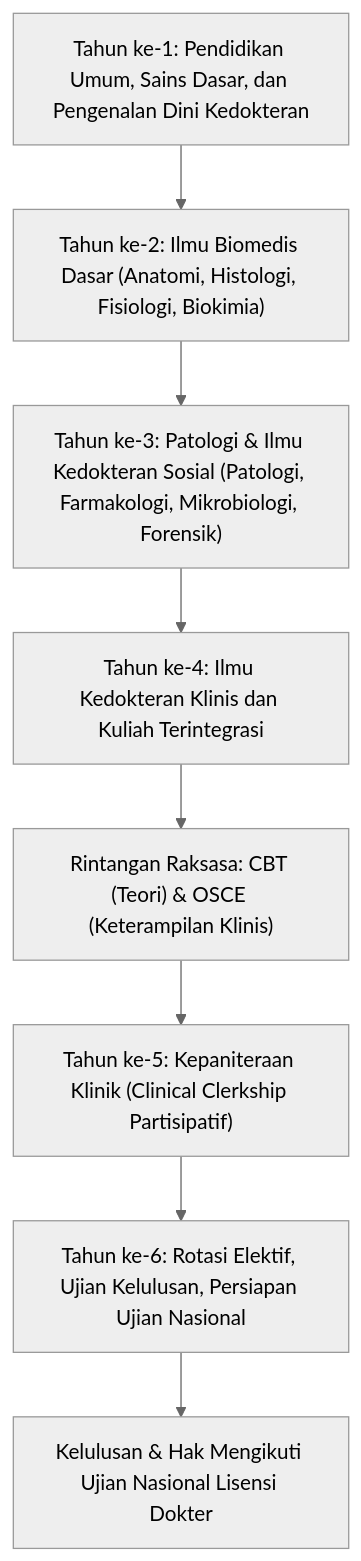
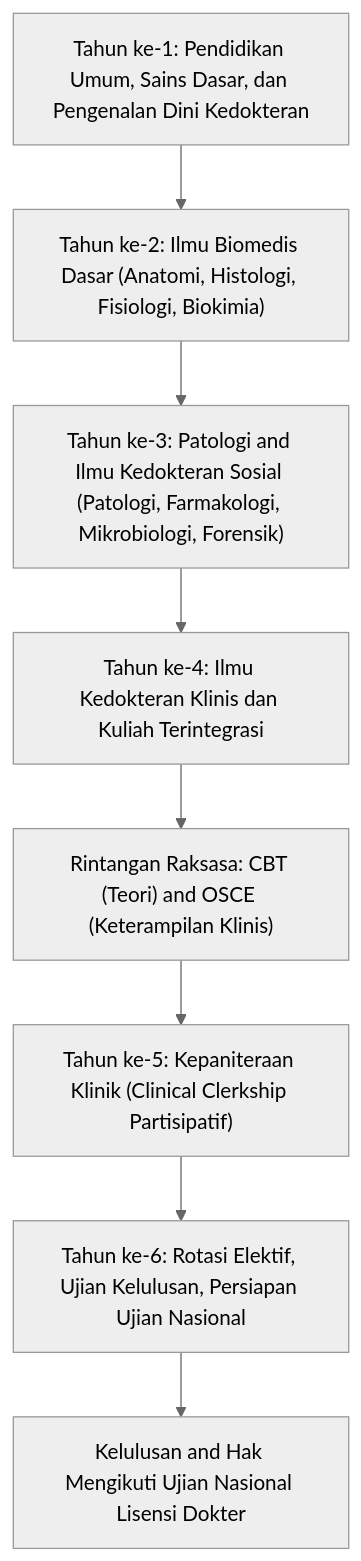
Before and after one commit to kenjinote/blog: the second of 7 diagrams in content/post/medical-doctor-education-qualifications-specialties/index.id.md, drawn with Mermaid (neutral theme). The commit also changed other lines of this file and 12 other files, not shown here.

Commit message:
fix(medical-doctor): resolve mermaid syntax error in subgraph and fix unrendered bold asterisks

````diff
--- a/content/post/medical-doctor-education-qualifications-specialties/index.id.md
+++ b/content/post/medical-doctor-education-qualifications-specialties/index.id.md
@@ -66,10 +66,10 @@
 ```mermaid
 flowchart TD
     M1["Tahun ke-1: Pendidikan Umum, Sains Dasar, dan Pengenalan Dini Kedokteran"] --> M2["Tahun ke-2: Ilmu Biomedis Dasar (Anatomi, Histologi, Fisiologi, Biokimia)"]
-    M2 --> M3["Tahun ke-3: Patologi & Ilmu Kedokteran Sosial (Patologi, Farmakologi, Mikrobiologi, Forensik)"]
+    M2 --> M3["Tahun ke-3: Patologi and Ilmu Kedokteran Sosial (Patologi, Farmakologi, Mikrobiologi, Forensik)"]
     M3 --> M4["Tahun ke-4: Ilmu Kedokteran Klinis dan Kuliah Terintegrasi"]
-    M4 --> EXAM["Rintangan Raksasa: CBT (Teori) & OSCE (Keterampilan Klinis)"]
+    M4 --> EXAM["Rintangan Raksasa: CBT (Teori) and OSCE (Keterampilan Klinis)"]
     EXAM --> M5["Tahun ke-5: Kepaniteraan Klinik (Clinical Clerkship Partisipatif)"]
     M5 --> M6["Tahun ke-6: Rotasi Elektif, Ujian Kelulusan, Persiapan Ujian Nasional"]
-    M6 --> GRAD["Kelulusan & Hak Mengikuti Ujian Nasional Lisensi Dokter"]
+    M6 --> GRAD["Kelulusan and Hak Mengikuti Ujian Nasional Lisensi Dokter"]
 ```
````
